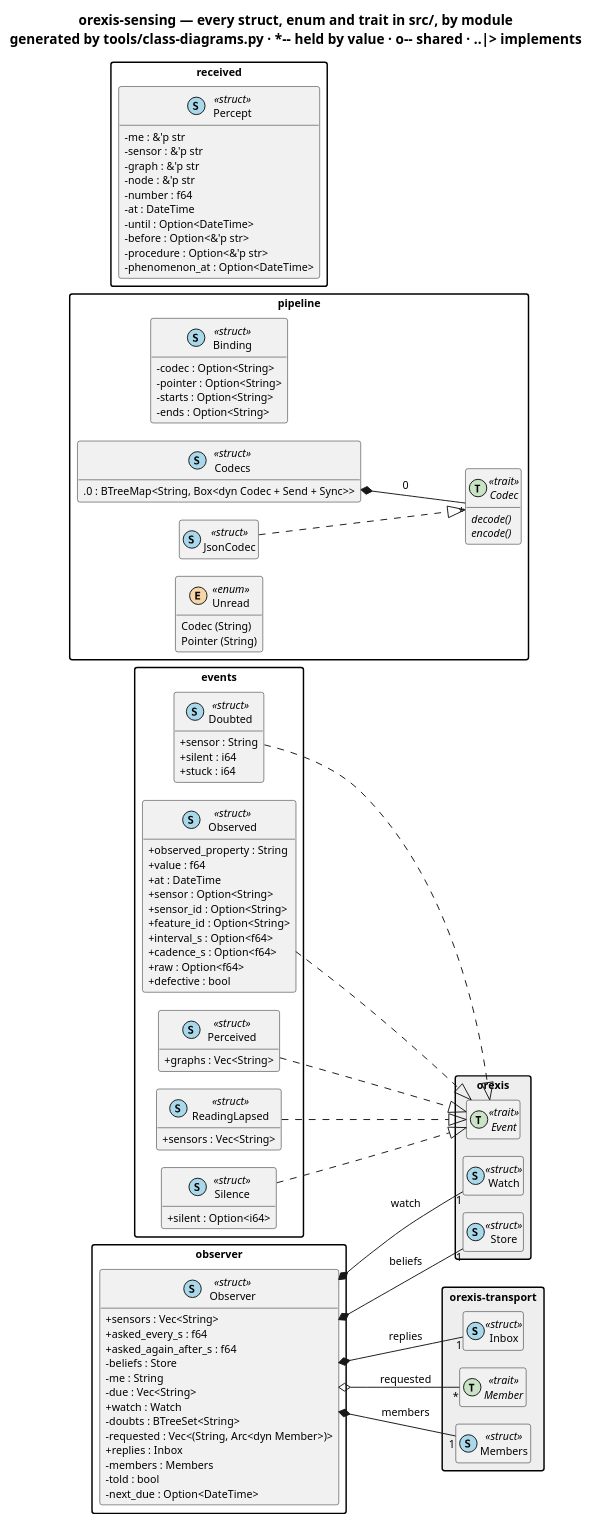
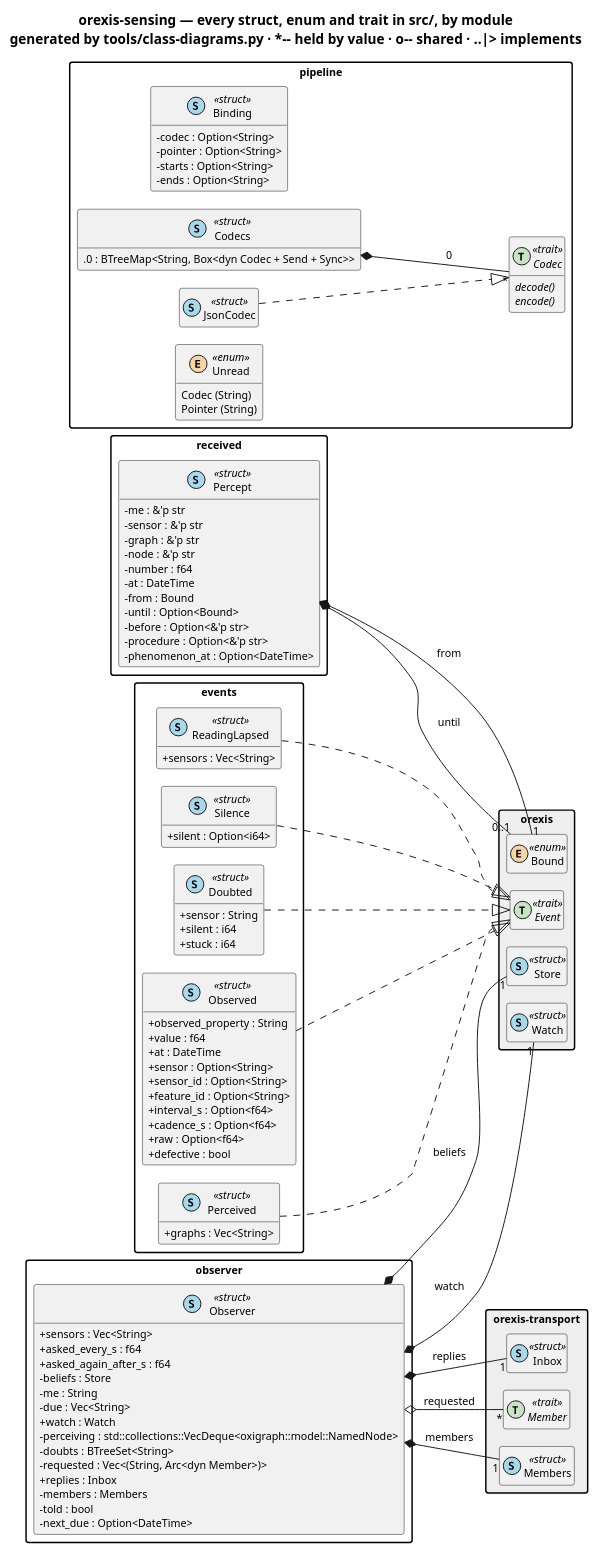
Before and after one commit to ShishkinDmitriy/orexis: the diagram in knowledge/diagrams/package-orexis-sensing.puml, drawn with PlantUML. The commit also changed 12 other files, not shown here.

```diff
--- a/knowledge/diagrams/package-orexis-sensing.puml
+++ b/knowledge/diagrams/package-orexis-sensing.puml
@@ -1,115 +1,120 @@
 @startuml package-orexis-sensing
 !pragma layout smetana
 title orexis-sensing — every struct, enum and trait in src/, by module\ngenerated by tools/class-diagrams.py · ~*~-~- held by value · o~-~- shared · ..|> implements
 skinparam shadowing false
 skinparam classAttributeIconSize 0
 skinparam defaultFontSize 11
 skinparam packageStyle rectangle
 hide empty members
 left to right direction
 
 package "events" {
   class "Doubted" as orexis_sensing__events__Doubted << (S,#A8D8EA) struct >> {
     {field} +sensor : String
     {field} +silent : i64
     {field} +stuck : i64
   }
   class "Observed" as orexis_sensing__events__Observed << (S,#A8D8EA) struct >> {
     {field} +observed_property : String
     {field} +value : f64
     {field} +at : DateTime
     {field} +sensor : Option<String>
     {field} +sensor_id : Option<String>
     {field} +feature_id : Option<String>
     {field} +interval_s : Option<f64>
     {field} +cadence_s : Option<f64>
     {field} +raw : Option<f64>
     {field} +defective : bool
   }
   class "Perceived" as orexis_sensing__events__Perceived << (S,#A8D8EA) struct >> {
     {field} +graphs : Vec<String>
   }
   class "ReadingLapsed" as orexis_sensing__events__ReadingLapsed << (S,#A8D8EA) struct >> {
     {field} +sensors : Vec<String>
   }
   class "Silence" as orexis_sensing__events__Silence << (S,#A8D8EA) struct >> {
     {field} +silent : Option<i64>
   }
 }
 package "observer" {
   class "Observer" as orexis_sensing__observer__Observer << (S,#A8D8EA) struct >> {
     {field} +sensors : Vec<String>
     {field} +asked_every_s : f64
     {field} +asked_again_after_s : f64
     {field} -beliefs : Store
     {field} -me : String
     {field} -due : Vec<String>
     {field} +watch : Watch
+    {field} -perceiving : std::collections::VecDeque<oxigraph::model::NamedNode>
     {field} -doubts : BTreeSet<String>
     {field} -requested : Vec<(String, Arc<dyn Member>)>
     {field} +replies : Inbox
     {field} -members : Members
     {field} -told : bool
     {field} -next_due : Option<DateTime>
   }
 }
 package "pipeline" {
   class "Binding" as orexis_sensing__pipeline__Binding << (S,#A8D8EA) struct >> {
     {field} -codec : Option<String>
     {field} -pointer : Option<String>
     {field} -starts : Option<String>
     {field} -ends : Option<String>
   }
   interface "Codec" as orexis_sensing__pipeline__Codec << (T,#C9E4C5) trait >> {
     {abstract} decode()
     {abstract} encode()
   }
   class "Codecs" as orexis_sensing__pipeline__Codecs << (S,#A8D8EA) struct >> {
     {field} .0 : BTreeMap<String, Box<dyn Codec + Send + Sync>>
   }
   class "JsonCodec" as orexis_sensing__pipeline__JsonCodec << (S,#A8D8EA) struct >> {
   }
   enum "Unread" as orexis_sensing__pipeline__Unread << (E,#F6D6A8) enum >> {
     Codec (String)
     Pointer (String)
   }
 }
 package "received" {
   class "Percept" as orexis_sensing__received__Percept << (S,#A8D8EA) struct >> {
     {field} -me : &'p str
     {field} -sensor : &'p str
     {field} -graph : &'p str
     {field} -node : &'p str
     {field} -number : f64
     {field} -at : DateTime
-    {field} -until : Option<DateTime>
+    {field} -from : Bound
+    {field} -until : Option<Bound>
     {field} -before : Option<&'p str>
     {field} -procedure : Option<&'p str>
     {field} -phenomenon_at : Option<DateTime>
   }
 }
 
 package "orexis" #EEEEEE {
   interface "Event" as orexis__events__Event << (T,#C9E4C5) trait >>
   class "Watch" as orexis__events__Watch << (S,#A8D8EA) struct >>
+  enum "Bound" as orexis__store__Bound << (E,#F6D6A8) enum >>
   class "Store" as orexis__store__Store << (S,#A8D8EA) struct >>
 }
 package "orexis-transport" #EEEEEE {
   class "Inbox" as orexis_transport__inbox__Inbox << (S,#A8D8EA) struct >>
   interface "Member" as orexis_transport__member__Member << (T,#C9E4C5) trait >>
   class "Members" as orexis_transport__member__Members << (S,#A8D8EA) struct >>
 }
 
 orexis_sensing__observer__Observer *-- "1" orexis__store__Store : beliefs
 orexis_sensing__observer__Observer *-- "1" orexis__events__Watch : watch
 orexis_sensing__observer__Observer o-- "*" orexis_transport__member__Member : requested
 orexis_sensing__observer__Observer *-- "1" orexis_transport__inbox__Inbox : replies
 orexis_sensing__observer__Observer *-- "1" orexis_transport__member__Members : members
 orexis_sensing__pipeline__Codecs *-- "*" orexis_sensing__pipeline__Codec : 0
+orexis_sensing__received__Percept *-- "1" orexis__store__Bound : from
+orexis_sensing__received__Percept *-- "0..1" orexis__store__Bound : until
 orexis_sensing__events__Doubted ..|> orexis__events__Event
 orexis_sensing__pipeline__JsonCodec ..|> orexis_sensing__pipeline__Codec
 orexis_sensing__events__Observed ..|> orexis__events__Event
 orexis_sensing__events__Perceived ..|> orexis__events__Event
 orexis_sensing__events__ReadingLapsed ..|> orexis__events__Event
 orexis_sensing__events__Silence ..|> orexis__events__Event
 @enduml
```
